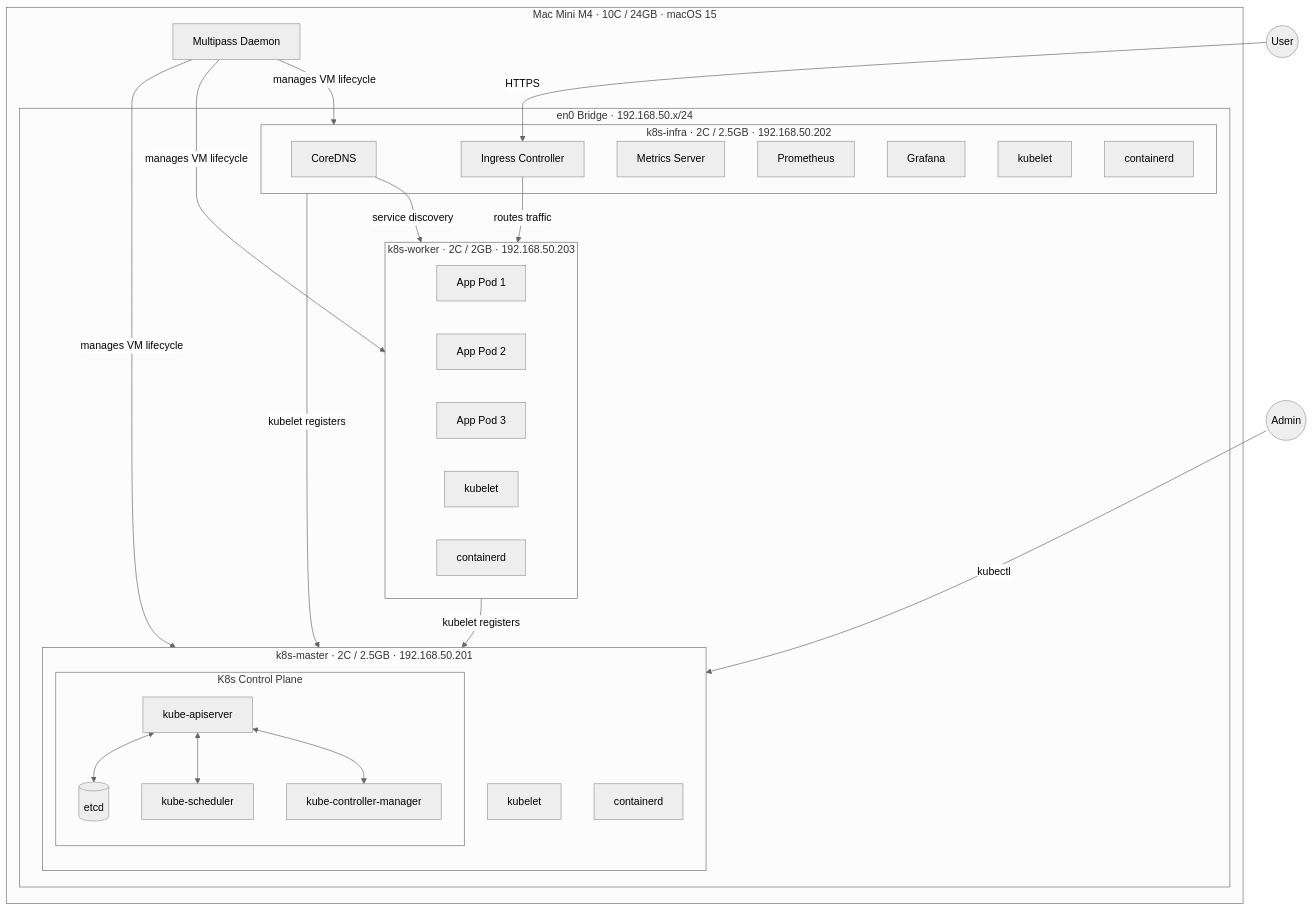
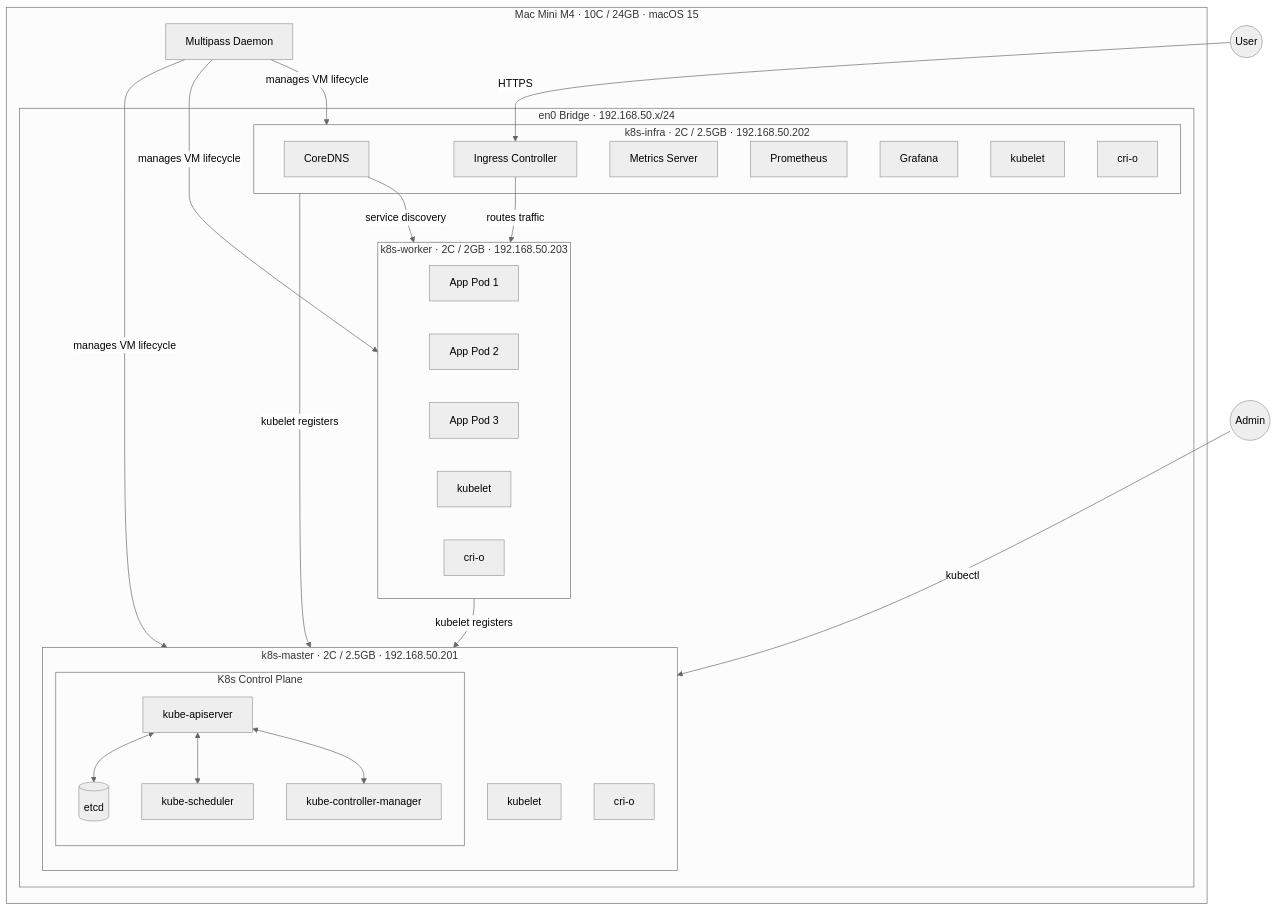
Before and after one commit to MansionLai/notebook: the diagram in kubernetes/3node-multipass/architecture.md, drawn with Mermaid (neutral theme). The commit also changed 3 other files, not shown here.

````diff
--- a/kubernetes/3node-multipass/architecture.md
+++ b/kubernetes/3node-multipass/architecture.md
@@ -23,52 +23,52 @@
 ```mermaid
 graph TB
     subgraph Host["Mac Mini M4 · 10C / 24GB · macOS 15"]
         subgraph Bridge["en0 Bridge · 192.168.50.x/24"]
             subgraph Master["k8s-master · 2C / 2.5GB · 192.168.50.201"]
                 direction TB
                 subgraph CP["K8s Control Plane"]
                     API[kube-apiserver]
                     ETCD[(etcd)]
                     SCH[kube-scheduler]
                     CM[kube-controller-manager]
                     API <--> ETCD
                     API <--> SCH
                     API <--> CM
                 end
                 KBM[kubelet]
-                CRM[containerd]
+                CRM[cri-o]
             end
 
             subgraph Infra["k8s-infra · 2C / 2.5GB · 192.168.50.202"]
                 DNS[CoreDNS]
                 ING[Ingress Controller]
                 MS[Metrics Server]
                 PROM[Prometheus]
                 GRAF[Grafana]
                 KBI[kubelet]
-                CRI[containerd]
+                CRI[cri-o]
             end
 
             subgraph Worker["k8s-worker · 2C / 2GB · 192.168.50.203"]
                 WL1[App Pod 1]
                 WL2[App Pod 2]
                 WL3[App Pod 3]
                 KBW[kubelet]
-                CRW[containerd]
+                CRW[cri-o]
             end
         end
 
         MP[Multipass Daemon]
         MP -- "manages VM lifecycle" --> Master
         MP -- "manages VM lifecycle" --> Infra
         MP -- "manages VM lifecycle" --> Worker
     end
 
     Infra -- "kubelet registers" --> API
     Worker -- "kubelet registers" --> API
     ING -- "routes traffic" --> Worker
     DNS -- "service discovery" --> Worker
 
     User((User)) -- HTTPS --> ING
     Admin((Admin)) -- kubectl --> API
 ```
````
